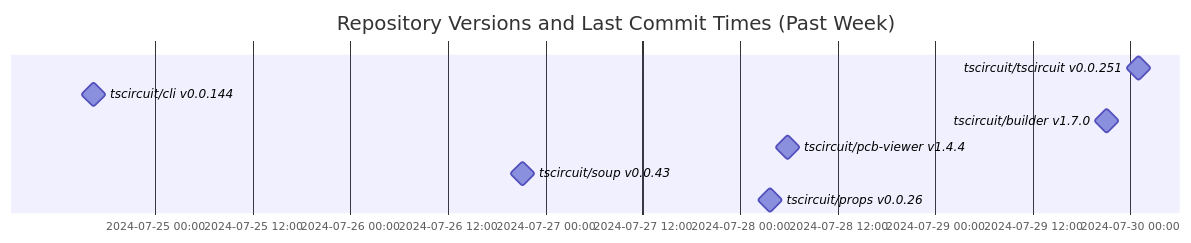
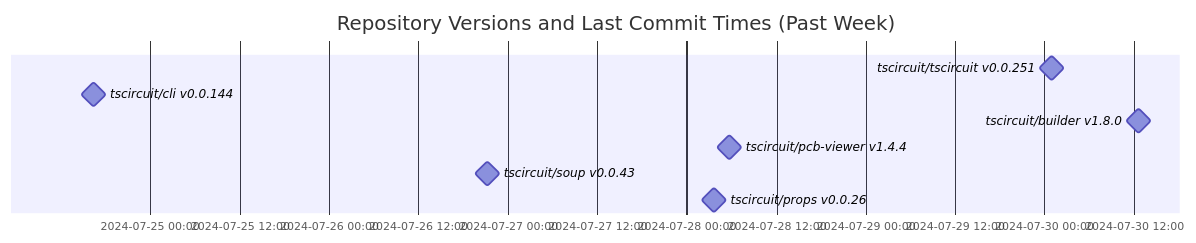
One commit to tscircuit/version-tracker changed the diagram in README.md. Above: the diagram before and after it, drawn with Mermaid.

Commit message:
Update chart

````diff
--- a/README.md
+++ b/README.md
@@ -1,13 +1,13 @@
 ```mermaid
 gantt
   dateFormat  YYYY-MM-DD HH:mm:ss
   title Repository Versions and Last Commit Times (Past Week)
   axisFormat %Y-%m-%d %H:%M
 
   tscircuit/tscircuit v0.0.251 : milestone, 2024-07-30 01:00:56, 1s
   tscircuit/cli v0.0.144 : milestone, 2024-07-24 16:24:13, 1s
-  tscircuit/builder v1.7.0 : milestone, 2024-07-29 21:06:30, 1s
+  tscircuit/builder v1.8.0 : milestone, 2024-07-30 12:38:07, 1s
   tscircuit/pcb-viewer v1.4.4 : milestone, 2024-07-28 05:46:25, 1s
   tscircuit/soup v0.0.43 : milestone, 2024-07-26 21:15:18, 1s
   tscircuit/props v0.0.26 : milestone, 2024-07-28 03:42:14, 1s
 ```
````
